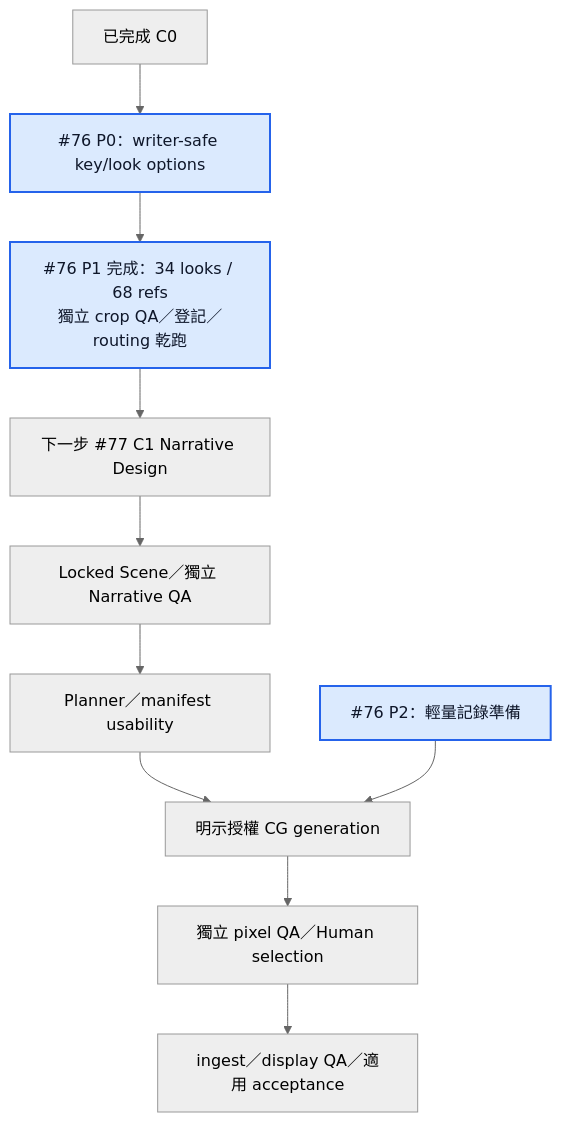
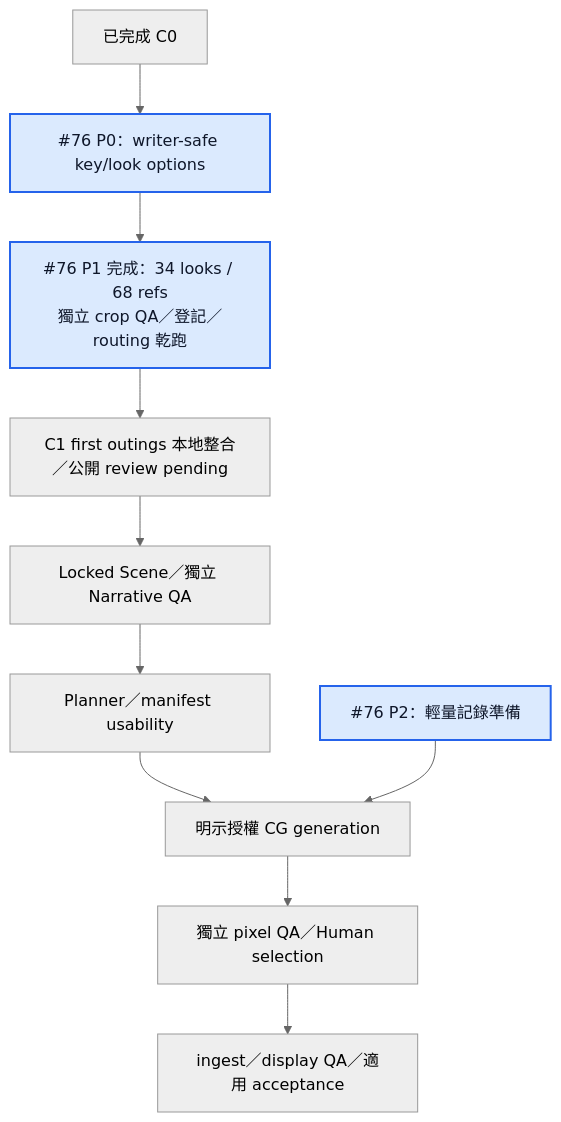
One commit to TsungmingLiu/seventeen-floor-neighbor changed the fourth of 4 diagrams in ROADMAP.md. Above: the diagram before and after it, drawn with Mermaid (neutral theme). The commit also changed other lines of this file and 13 other files, not shown here.

Commit message:
Integrate approved C1 first outings with protected replay and finite completion

````diff
--- a/ROADMAP.md
+++ b/ROADMAP.md
@@ -545,14 +545,14 @@
 ```mermaid
 flowchart TD
     C0["已完成 C0"] --> OPTIONS["#76 P0：writer-safe key/look options"]
     OPTIONS --> REFS["#76 P1 完成：34 looks / 68 refs<br/>獨立 crop QA／登記／routing 乾跑"]
-    REFS --> C1["下一步 #77 C1 Narrative Design"]
+    REFS --> C1["C1 first outings 本地整合／公開 review pending"]
     C1 --> LOCKED["Locked Scene／獨立 Narrative QA"]
     LOCKED --> PLAN["Planner／manifest usability"]
     PLAN --> RENDER["明示授權 CG generation"]
     TELEMETRY["#76 P2：輕量記錄準備"] --> RENDER
     RENDER --> VQA["獨立 pixel QA／Human selection"]
     VQA --> ADOPT["ingest／display QA／適用 acceptance"]
     classDef now fill:#dbeafe,stroke:#2563eb,stroke-width:2px,color:#0f172a;
     class OPTIONS,REFS,TELEMETRY now;
 ```
````
